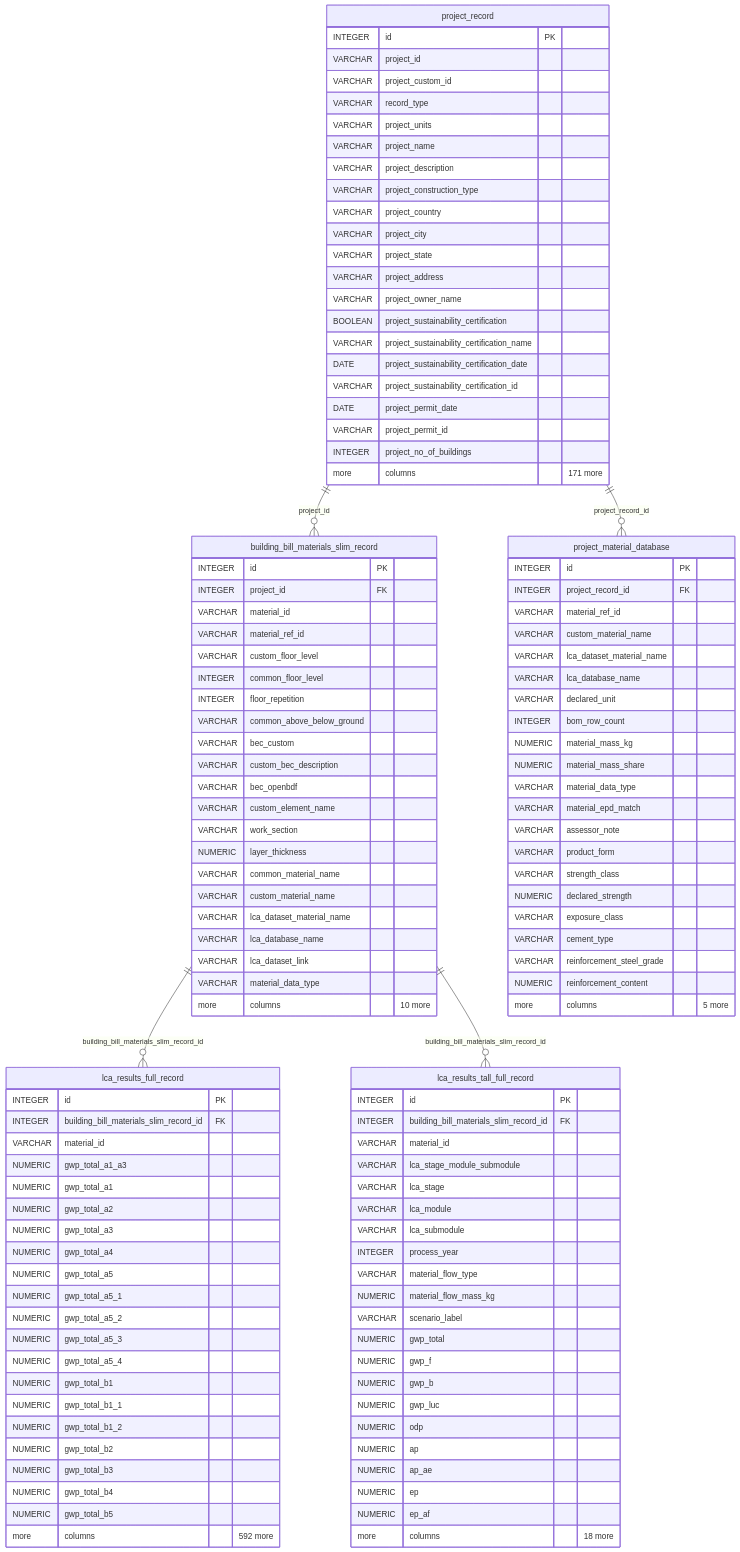
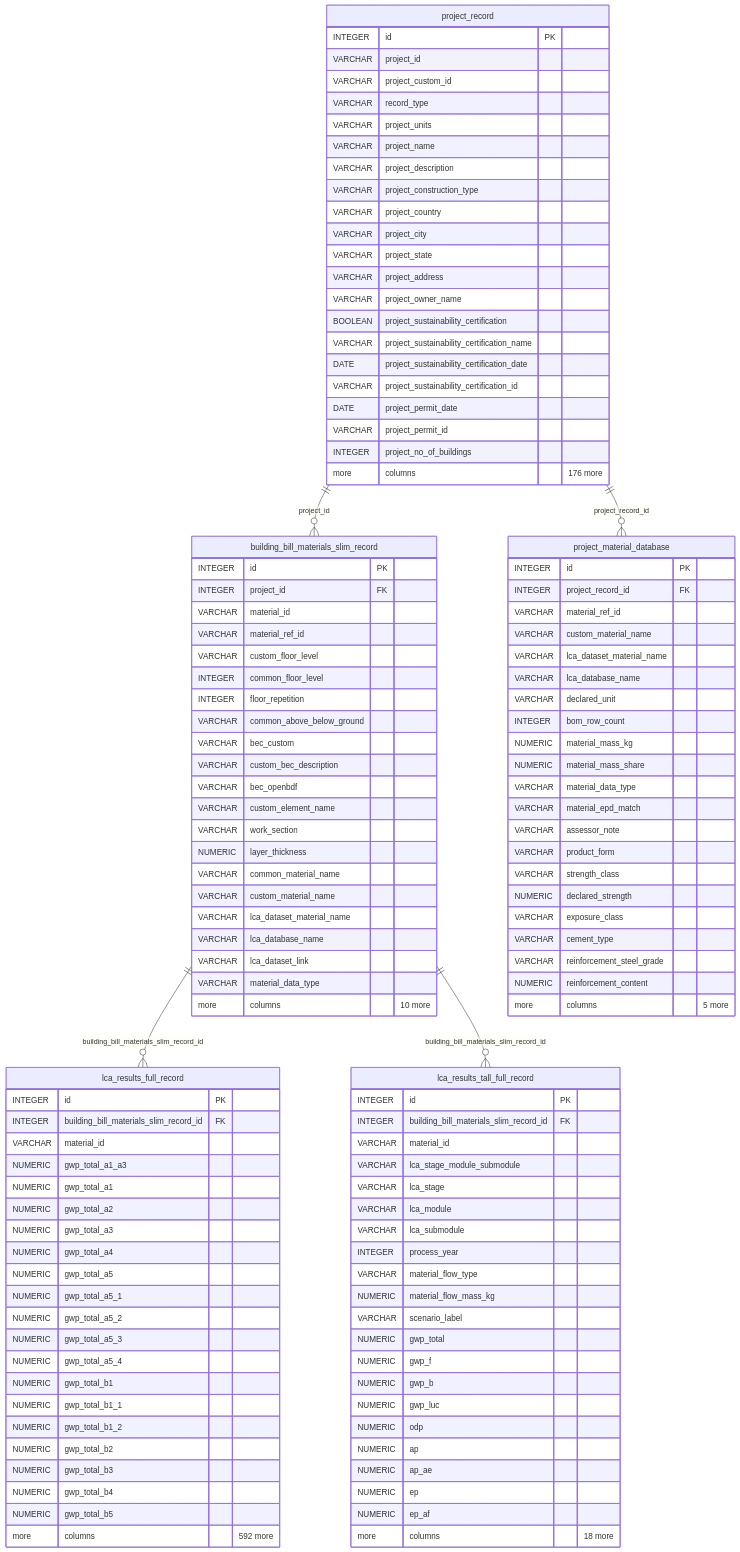
Before and after one commit to EPFL-ENAC/lmc-openbdf: the diagram in docs/src/developer/erd.md, drawn with Mermaid. The commit also changed 3 other files, not shown here.

```diff
--- a/docs/src/developer/erd.md
+++ b/docs/src/developer/erd.md
@@ -118,7 +118,7 @@
     DATE project_permit_date
     VARCHAR project_permit_id
     INTEGER project_no_of_buildings
-    more columns "171 more"
+    more columns "176 more"
   }
   building_bill_materials_slim_record ||--o{ lca_results_full_record : "building_bill_materials_slim_record_id"
   building_bill_materials_slim_record ||--o{ lca_results_tall_full_record : "building_bill_materials_slim_record_id"
```
